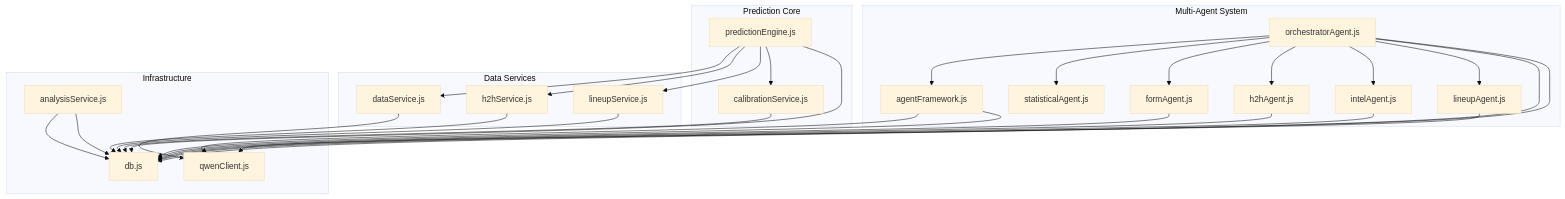
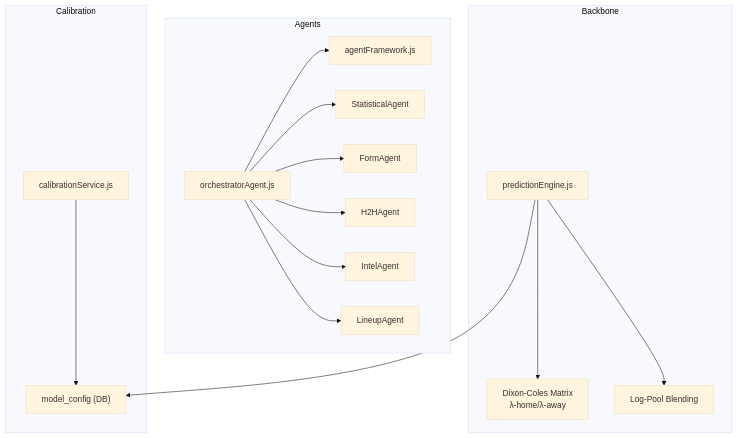
Before and after one commit to cheesiong/WC26-qwen: the first of 8 diagrams in .qoder/repowiki/en/content/Prediction Engine/Prediction Engine.md, drawn with Mermaid (base theme). The commit also changed other lines of this file and 181 other files, not shown here.

First line of the commit message:
Add Sofascore and Google multi-source lineup scrapers

````diff
--- a/.qoder/repowiki/en/content/Prediction Engine/Prediction Engine.md
+++ b/.qoder/repowiki/en/content/Prediction Engine/Prediction Engine.md
@@ -57,51 +42,31 @@
 ```mermaid
 graph TB
-subgraph "Prediction Core"
+subgraph "Backbone"
 PE["predictionEngine.js"]
+DC["Dixon-Coles Matrix<br/>λ-home/λ-away"]
+LP["Log-Pool Blending"]
+end
+subgraph "Agents"
+OF["agentFramework.js"]
+ORCH["orchestratorAgent.js"]
+SA["StatisticalAgent"]
+FA["FormAgent"]
+HA["H2HAgent"]
+IA["IntelAgent"]
+LA["LineupAgent"]
+end
+subgraph "Calibration"
 CS["calibrationService.js"]
+CFG["model_config (DB)"]
 end
-subgraph "Multi-Agent System"
-AF["agentFramework.js"]
-OA["orchestratorAgent.js"]
-SA["statisticalAgent.js"]
-FA["formAgent.js"]
-HA["h2hAgent.js"]
-IA["intelAgent.js"]
-LA["lineupAgent.js"]
-end
-subgraph "Data Services"
-DS["dataService.js"]
-LS["lineupService.js"]
-HS["h2hService.js"]
-end
-subgraph "Infrastructure"
-QC["qwenClient.js"]
-DB["db.js"]
-AS["analysisService.js"]
-end
-PE --> DS
-PE --> HS
-PE --> LS
-PE --> CS
-OA --> AF
-OA --> SA
-OA --> FA
-OA --> HA
-OA --> IA
-OA --> LA
-AF --> QC
-OA --> QC
-DS --> QC
-CS --> DB
-PE --> DB
-OA --> DB
-AF --> DB
-AS --> DB
-FA --> DB
-HA --> DB
-IA --> DB
-LA --> DB
-LS --> DB
-HS --> DB
-AS --> DB
+PE --> DC
+PE --> LP
+ORCH --> SA
+ORCH --> FA
+ORCH --> HA
+ORCH --> IA
+ORCH --> LA
+ORCH --> OF
+CS --> CFG
+PE --> CFG
 ```
````
